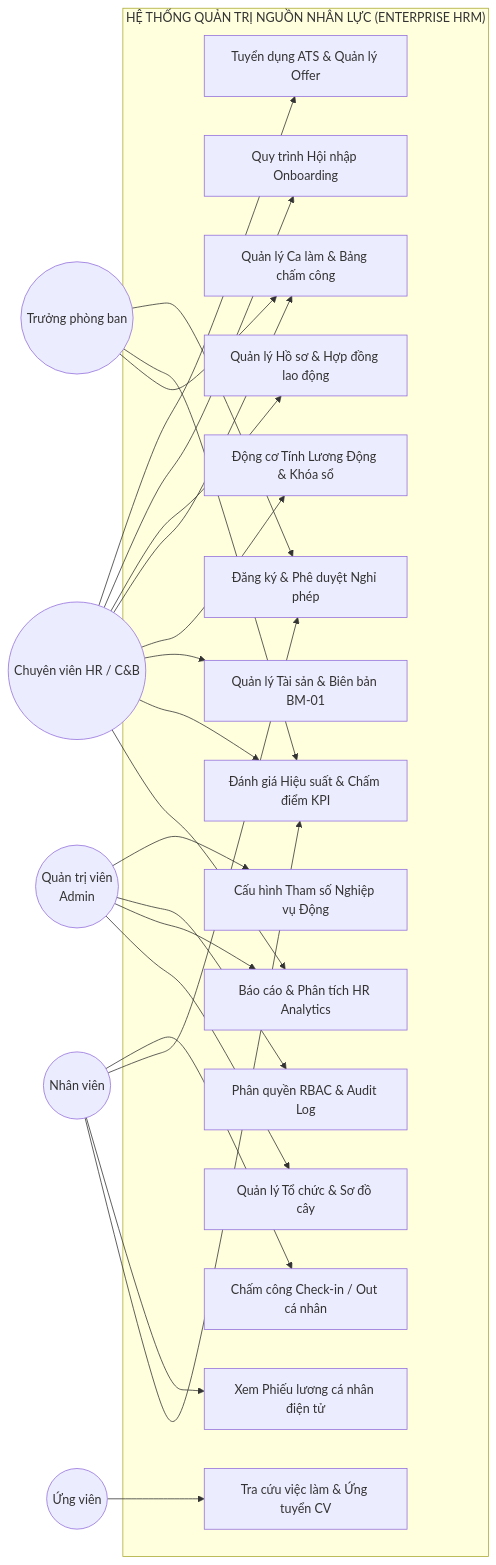
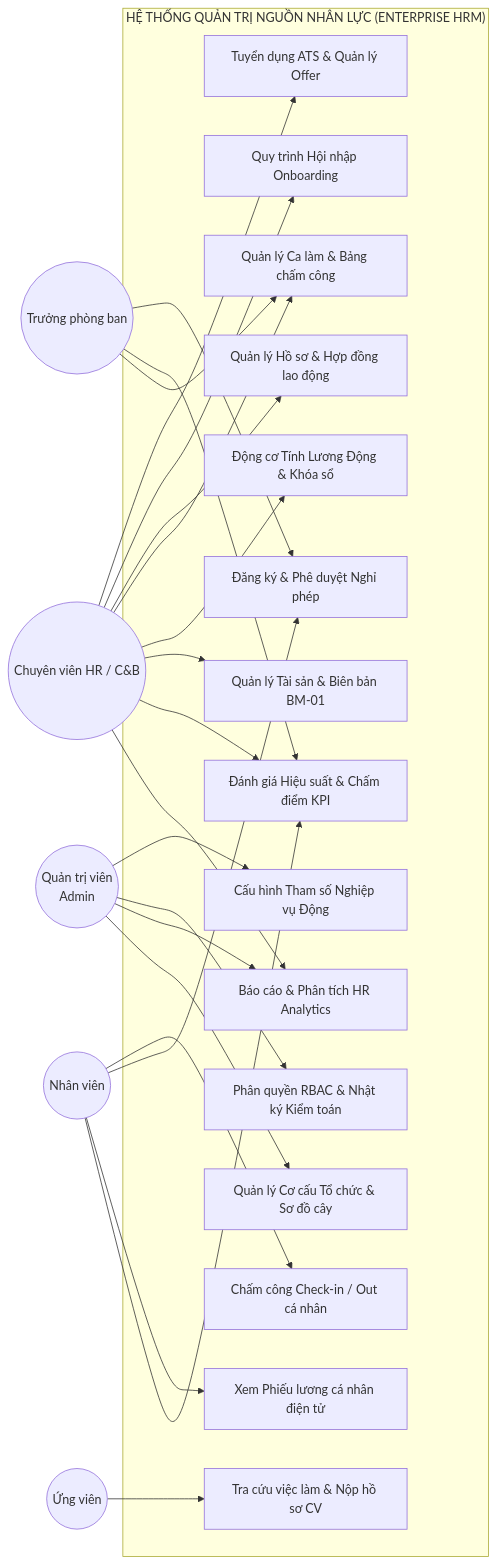
The second of 25 diagrams in docs/BAO_CAO_DO_AN_TOT_NGHIEP_HRM.md (aye2710/HRM-DATN), drawn with Mermaid before and after one commit. The commit also changed other lines of this file and 3 other files, not shown here.

Commit message:
docs: enrich thesis with 11 sub-system Use Case diagrams and 7 comprehensive Sequence diagrams

````diff
--- a/docs/BAO_CAO_DO_AN_TOT_NGHIEP_HRM.md
+++ b/docs/BAO_CAO_DO_AN_TOT_NGHIEP_HRM.md
@@ -268,52 +268,52 @@
 ```mermaid
 graph LR
     Admin((Quản trị viên<br/>Admin))
     HR((Chuyên viên HR / C&B))
     Manager((Trưởng phòng ban))
     Employee((Nhân viên))
     Candidate((Ứng viên))
 
     subgraph HRM["HỆ THỐNG QUẢN TRỊ NGUỒN NHÂN LỰC (ENTERPRISE HRM)"]
-        UC_Org[Quản lý Tổ chức & Sơ đồ cây]
+        UC_Org[Quản lý Cơ cấu Tổ chức & Sơ đồ cây]
         UC_Recruit[Tuyển dụng ATS & Quản lý Offer]
         UC_Onboard[Quy trình Hội nhập Onboarding]
         UC_Profile[Quản lý Hồ sơ & Hợp đồng lao động]
         UC_Att[Quản lý Ca làm & Bảng chấm công]
         UC_Leave[Đăng ký & Phê duyệt Nghỉ phép]
         UC_KPI[Đánh giá Hiệu suất & Chấm điểm KPI]
         UC_Payroll[Động cơ Tính Lương Động & Khóa sổ]
         UC_Asset[Quản lý Tài sản & Biên bản BM-01]
         UC_Param[Cấu hình Tham số Nghiệp vụ Động]
-        UC_System[Phân quyền RBAC & Audit Log]
+        UC_System[Phân quyền RBAC & Nhật ký Kiểm toán]
         UC_Report[Báo cáo & Phân tích HR Analytics]
         
         UC_CheckIn[Chấm công Check-in / Out cá nhân]
         UC_Payslip[Xem Phiếu lương cá nhân điện tử]
-        UC_Apply[Tra cứu việc làm & Ứng tuyển CV]
+        UC_Apply[Tra cứu việc làm & Nộp hồ sơ CV]
     end
 
     Admin --> UC_Param
     Admin --> UC_System
     Admin --> UC_Report
     Admin --> UC_Org
 
     HR --> UC_Recruit
     HR --> UC_Onboard
     HR --> UC_Profile
     HR --> UC_Att
     HR --> UC_Payroll
     HR --> UC_Asset
     HR --> UC_KPI
     HR --> UC_Report
 
     Manager --> UC_Leave
     Manager --> UC_KPI
     Manager --> UC_Att
 
     Employee --> UC_CheckIn
     Employee --> UC_Leave
     Employee --> UC_Payslip
     Employee --> UC_KPI
 
     Candidate --> UC_Apply
 ```
````
